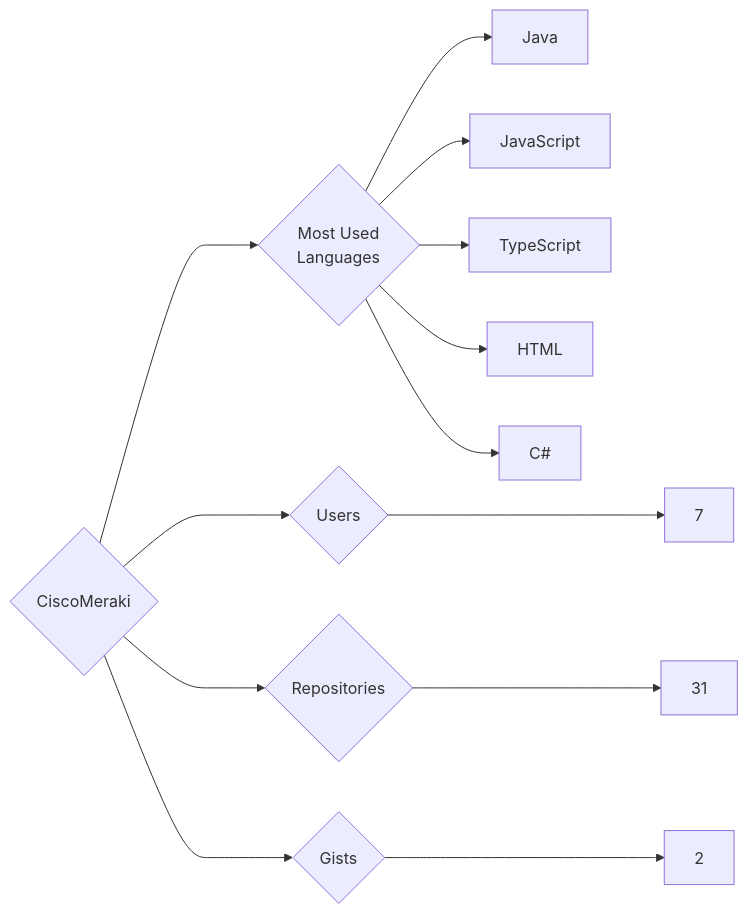
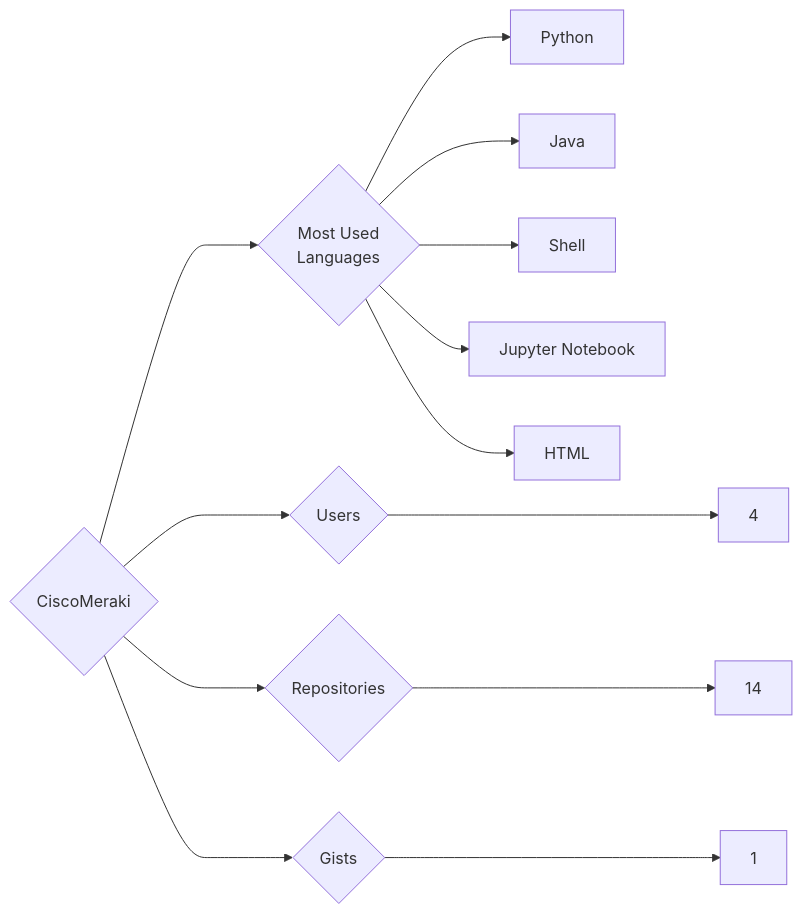
Before and after one commit to trickest/insiders: the diagram in targets/CiscoMeraki/README.md, drawn with Mermaid. The commit also changed 1078 other files, not shown here.

````diff
--- a/targets/CiscoMeraki/README.md
+++ b/targets/CiscoMeraki/README.md
@@ -3,13 +3,13 @@
 ```mermaid
 graph LR
 COMPANY_NAME{CiscoMeraki}
-COMPANY_NAME ---> U{Users} ---> UN[7]
-COMPANY_NAME ---> R{Repositories} ---> RN[31]
-COMPANY_NAME ---> G{Gists} ---> GN[2]
+COMPANY_NAME ---> U{Users} ---> UN[4]
+COMPANY_NAME ---> R{Repositories} ---> RN[14]
+COMPANY_NAME ---> G{Gists} ---> GN[1]
 COMPANY_NAME ---> ML{Most Used<br>Languages}
+ML --> Python[Python]
 ML --> Java[Java]
-ML --> JavaScript[JavaScript]
-ML --> TypeScript[TypeScript]
+ML --> Shell[Shell]
+ML --> Jupyter_Notebook[Jupyter Notebook]
 ML --> HTML[HTML]
-ML --> C#[C#]
 ```
````
